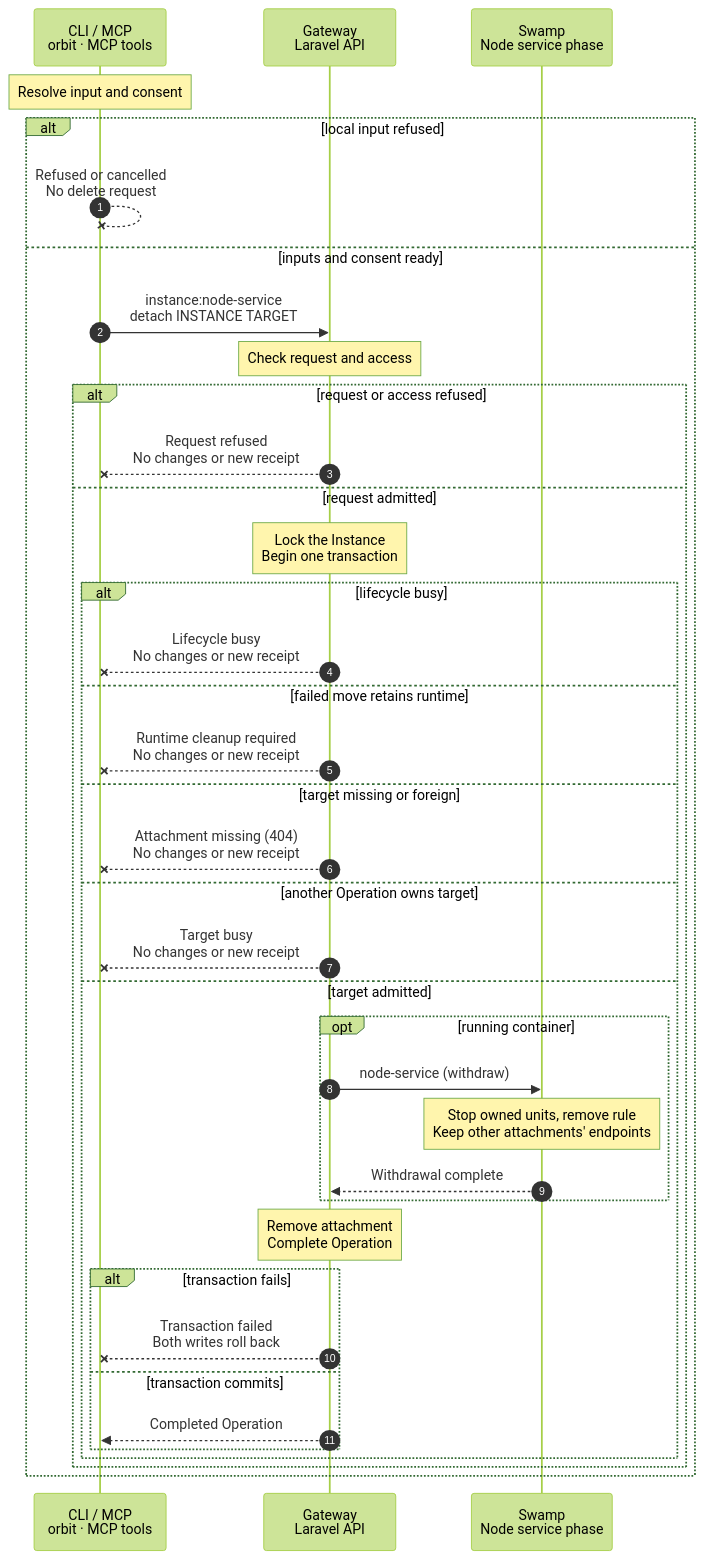
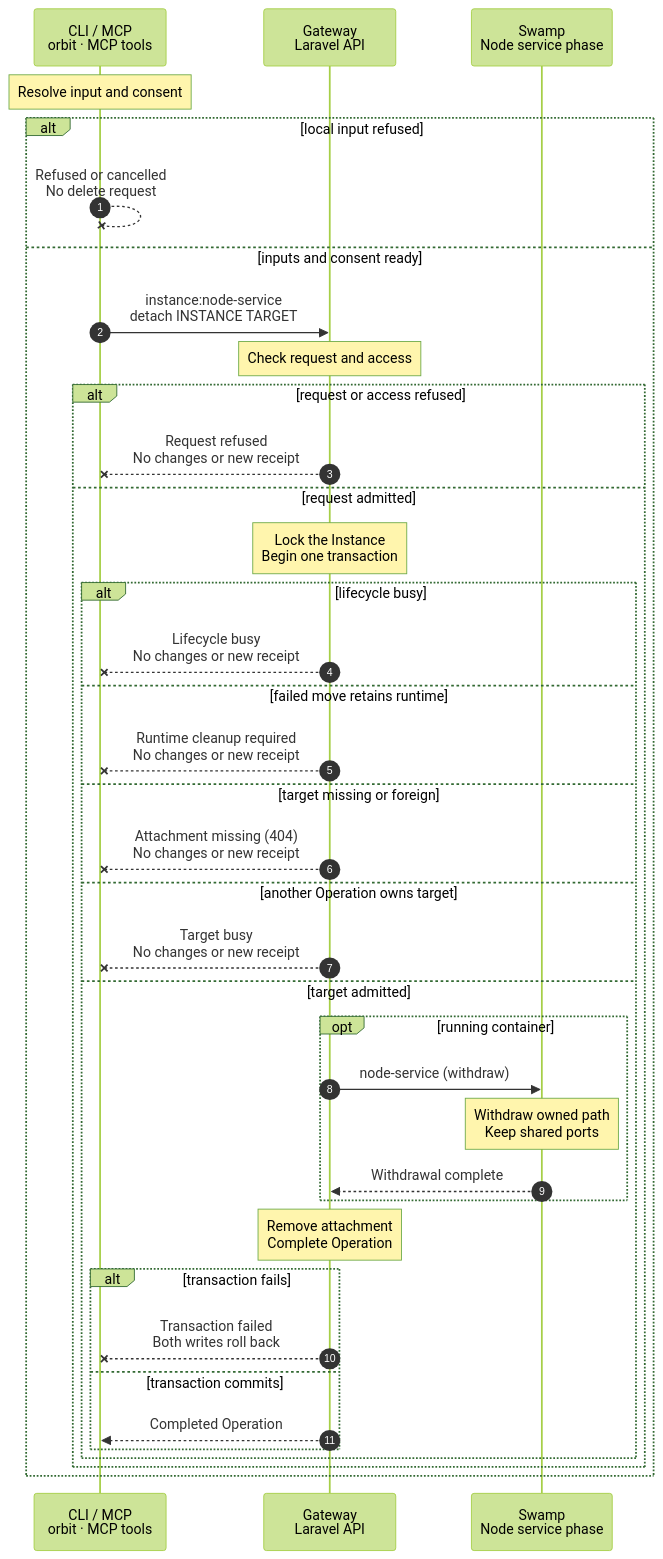
Before and after one commit to hardimpactdev/orbit: the diagram in docs/cli/instance/node-service-detach.mmd, drawn with Mermaid (forest theme). The commit also changed 37 other files, not shown here.

```diff
--- a/docs/cli/instance/node-service-detach.mmd
+++ b/docs/cli/instance/node-service-detach.mmd
@@ -1,74 +1,74 @@
 sequenceDiagram
   %% Withdraw container access before deleting the attachment.
   %% status: draft
   %% command: instance:node-service:detach
   %% kind: instance.node_service_detach
   autonumber
   %% lane CALL icon=terminal pill=caller tone=gray
   %% lane GW icon=gateway pill=intent tone=blue
   participant CALL as CLI / MCP<br/>orbit · MCP tools
   participant GW as Gateway<br/>Laravel API
   participant SW as Swamp<br/>Node service phase
   Note over CALL: Resolve input and consent
   %%> When:
   %%> - Omitted Instance and attachment IDs use registry choices. The attachment GET is scoped to the selected Instance and completes before consent.
   alt local input refused
     CALL--xCALL: Refused or cancelled<br/>No delete request
     %%> On failure:
     %%> - instance.id_invalid refuses an invalid supplied or missing noninteractive Instance ID, or an empty Instance list after the registry GET; no mutation request is sent.
     %%> - instance.node_service_target_id_invalid refuses an invalid supplied attachment ID, an omitted attachment ID in JSON or noninteractive mode, or an empty attachment list after its registry GET; no mutation request is sent.
     %%> - instance.node_service_confirmation_required refuses a JSON or noninteractive call without --yes.
     %%> - input.cancelled ends a cancelled terminal selection or confirmation, or declined consent, before mutation.
     %%> - State stays unchanged. Invalid supplied IDs, missing noninteractive IDs and missing noninteractive consent send no request. Terminal selection or confirmation cancellation can follow registry reads.
   else inputs and consent ready
     CALL->>GW: instance:node-service<br/>detach INSTANCE TARGET
     %%> Command:
     %%> - orbit instance:node-service:detach INSTANCE TARGET
     %%> - syntax: instance:node-service:detach
     Note over GW: Check request and access
     %%> On failure:
     %%> - peer.identity_unknown or node_access.required (403): the caller lacks authority.
     %%> - http.404 (404): the Instance cannot be resolved.
     %%> - validation.failed (422) or operation.idempotency_conflict (409): the request key is invalid or conflicts.
     %%> - Every refusal leaves state unchanged and creates no new receipt.
     alt request or access refused
       GW--xCALL: Request refused<br/>No changes or new receipt
     else request admitted
       Note over GW: Lock the Instance<br/>Begin one transaction
       alt lifecycle busy
         GW--xCALL: Lifecycle busy<br/>No changes or new receipt
         %%> On failure:
         %%> - instance.lifecycle_busy (409): the Instance is not active, migration is running or a detach is already running.
       else failed move retains runtime
         GW--xCALL: Runtime cleanup required<br/>No changes or new receipt
         %%> On failure:
         %%> - instance.node_service_runtime_cleanup_required (409): retry instance:migrate to finish or restore the move before detaching.
       else target missing or foreign
         GW--xCALL: Attachment missing (404)<br/>No changes or new receipt
         %%> On failure:
         %%> - instance.node_service_target_missing: the attachment must belong to the selected Instance.
       else another Operation owns target
         GW--xCALL: Target busy<br/>No changes or new receipt
         %%> On failure:
         %%> - operation.target_busy (409): the Instance's Operation lock is held.
       else target admitted
         opt running container
           GW->>SW: node-service (withdraw)
-          Note over SW: Stop owned units, remove rule<br/>Keep other attachments' endpoints
+          Note over SW: Withdraw owned path<br/>Keep shared ports
           %%> On failure:
           %%> - Keep the attachment; retry completes the withdrawal.
           SW-->>GW: Withdrawal complete
         end
         Note over GW: Remove attachment<br/>Complete Operation
         %%> When:
         %%> - A checkout needs no Node work. A container keeps the record until withdrawal succeeds.
         alt transaction fails
           GW--xCALL: Transaction failed<br/>Both writes roll back
           %%> On failure:
           %%> - The attachment remains and no new receipt is persisted, including no failed receipt.
         else transaction commits
           GW-->>CALL: Completed Operation
         end
       end
     end
   end
```
